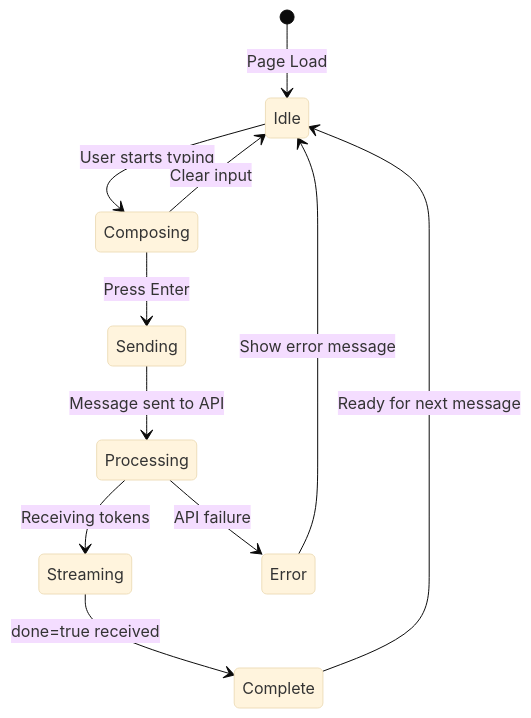
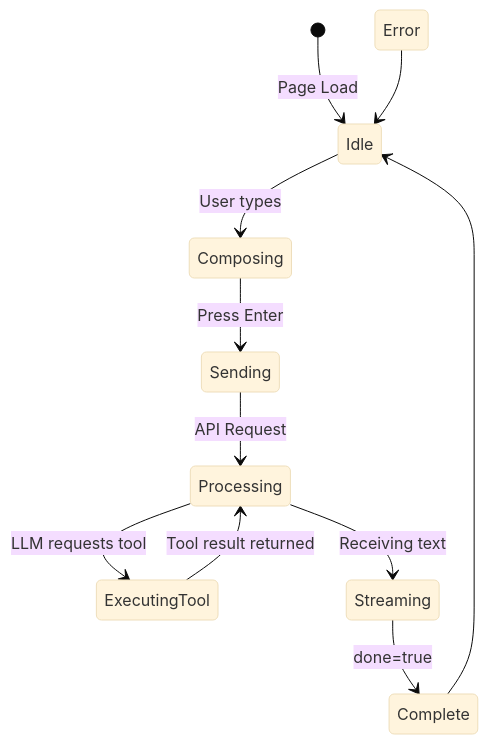
One commit to Manthya/chatbot-ai-systems-production changed the third of 4 diagrams in README.md. Above: the diagram before and after it, drawn with Mermaid (base theme). The commit also changed other lines of this file and 17 other files, not shown here.

````diff
--- a/README.md
+++ b/README.md
@@ -136,17 +145,17 @@
 ```mermaid
 stateDiagram-v2
     [*] --> Idle: Page Load
     
-    Idle --> Composing: User starts typing
-    Composing --> Idle: Clear input
+    Idle --> Composing: User types
     Composing --> Sending: Press Enter
     
-    Sending --> Processing: Message sent to API
-    Processing --> Streaming: Receiving tokens
-    Streaming --> Complete: done=true received
+    Sending --> Processing: API Request
+    Processing --> ExecutingTool: LLM requests tool
+    ExecutingTool --> Processing: Tool result returned
     
-    Complete --> Idle: Ready for next message
+    Processing --> Streaming: Receiving text
+    Streaming --> Complete: done=true
     
-    Processing --> Error: API failure
-    Error --> Idle: Show error message
+    Complete --> Idle
+    Error --> Idle
 ```
````
